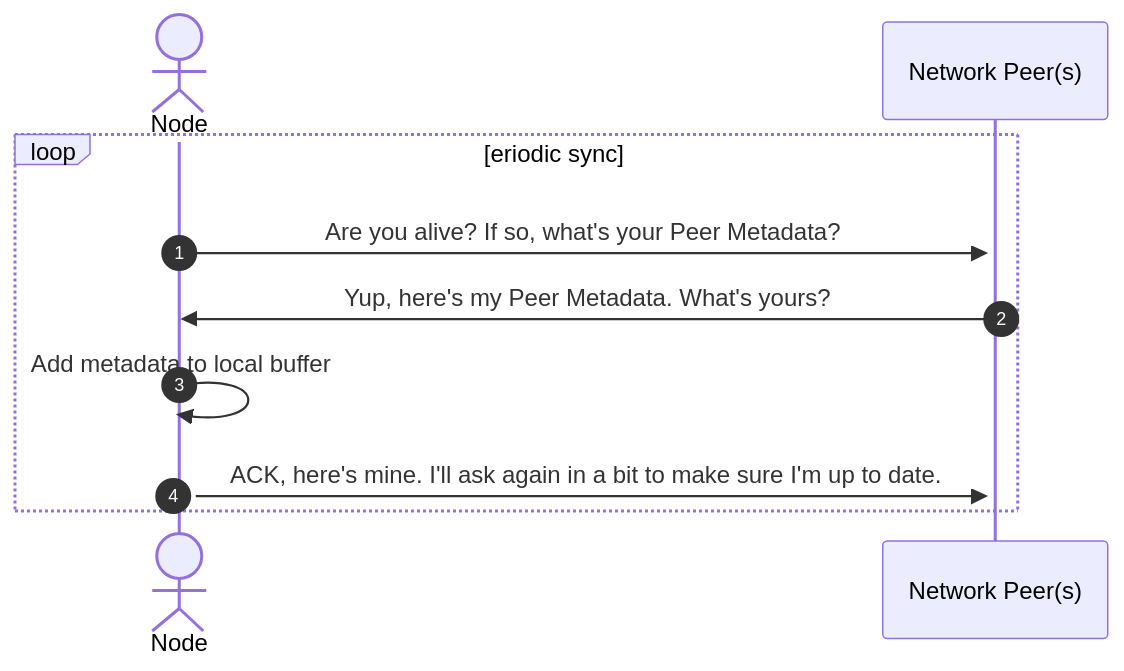
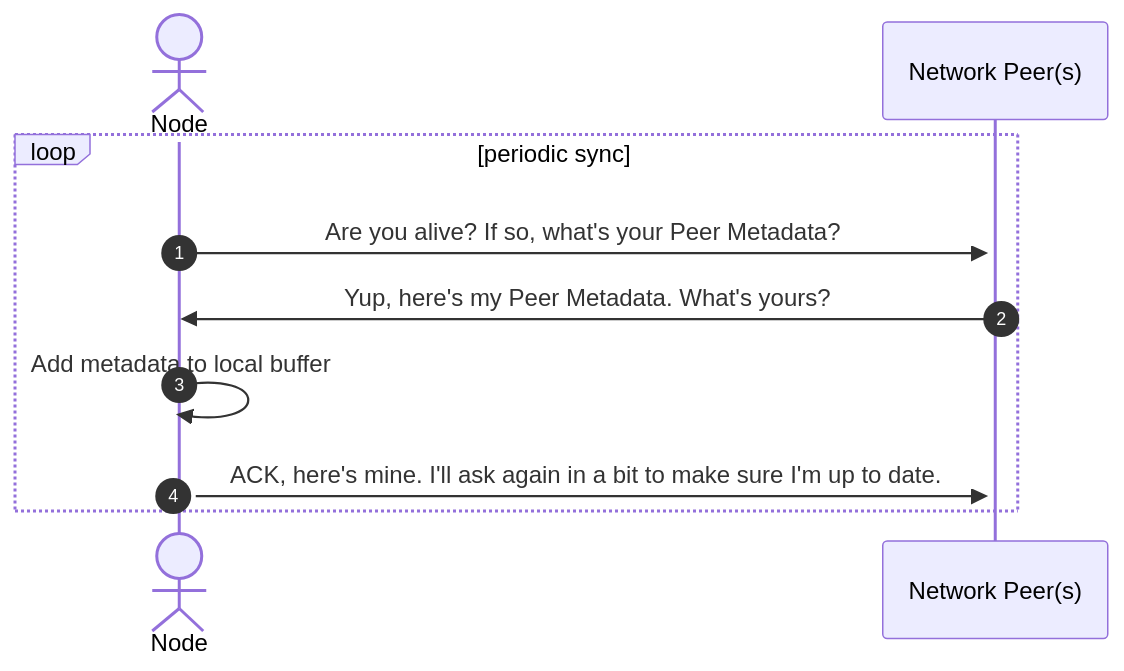
The first of 5 diagrams in consensus/doc/PROTOCOL_STATE_SYNC.md (pokt-network/pocket), drawn with Mermaid before and after one commit.

````diff
--- a/consensus/doc/PROTOCOL_STATE_SYNC.md
+++ b/consensus/doc/PROTOCOL_STATE_SYNC.md
@@ -61,14 +61,14 @@
 ```mermaid
 sequenceDiagram
     autonumber
 
     actor N as Node
     participant NP as Network Peer(s)
 
-    loop eriodic sync
+    loop periodic sync
         N->>+NP: Are you alive? If so, what's your Peer Metadata?
         NP->>N: Yup, here's my Peer Metadata. What's yours?
         N->>+N: Add metadata to local buffer
         N->>NP: ACK, here's mine. I'll ask again in a bit to make sure I'm up to date.
     end
 ```
````
